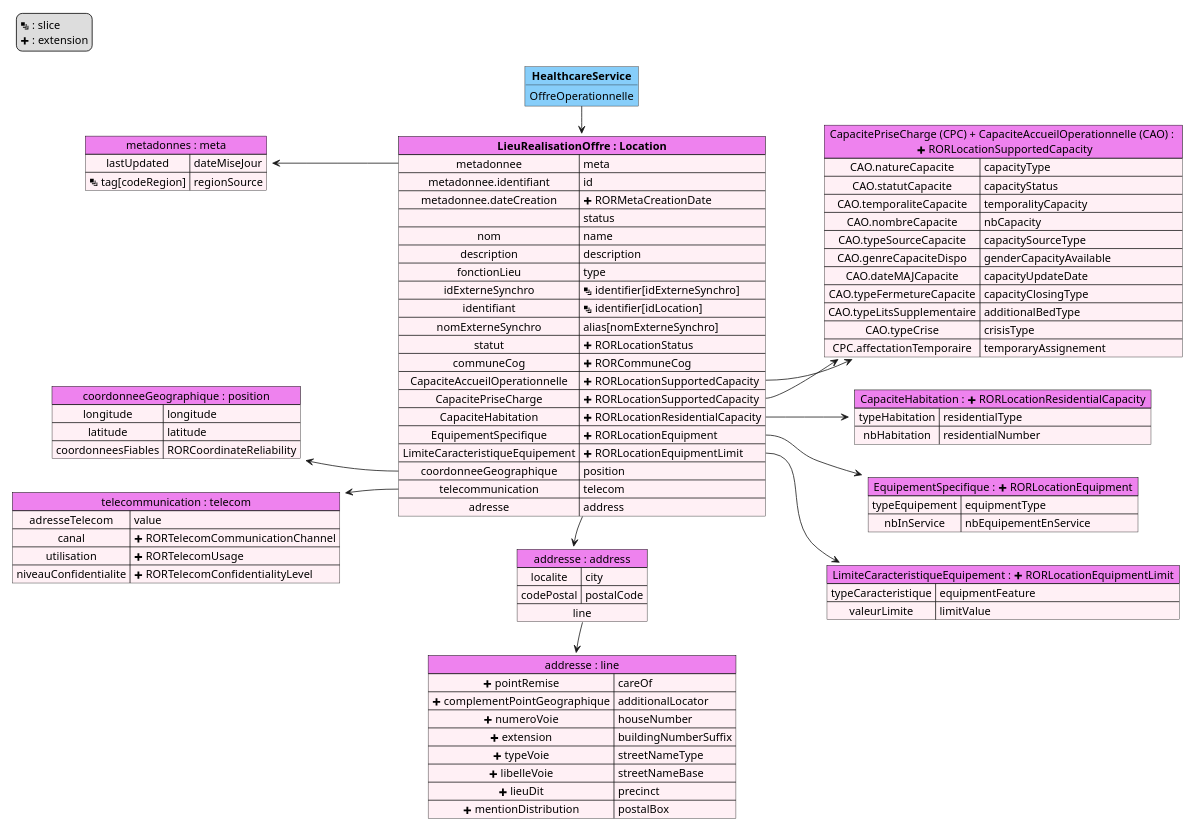
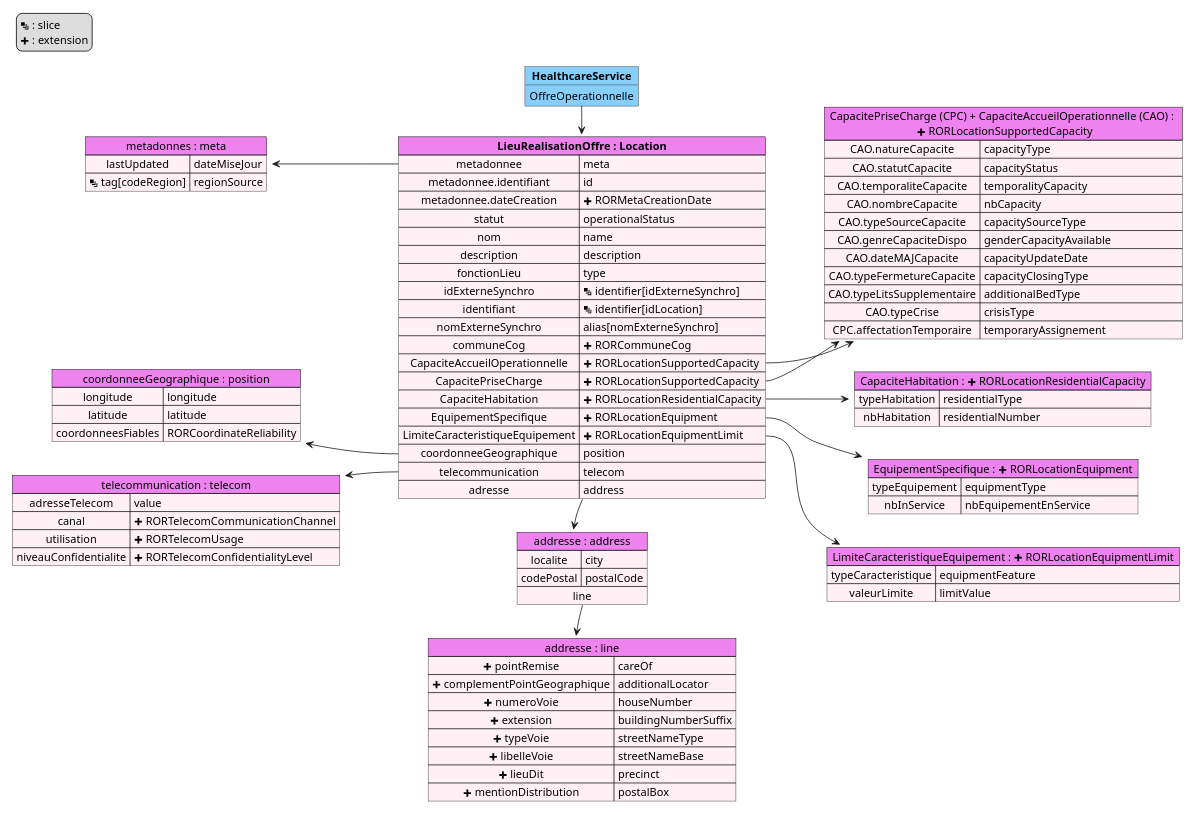
The diagram in input/images-source/mapping-Location.plantuml (ansforge/IG-fhir-repertoire-offre-ressources-sante), drawn with PlantUML before and after one commit. The commit also changed 7 other files, not shown here.

Commit message:
suppr extension LocationStatus and profiling operationalStatus

```diff
--- a/input/images-source/mapping-Location.plantuml
+++ b/input/images-source/mapping-Location.plantuml
@@ -1,118 +1,117 @@
 @startuml mapping-Location
 
 left to right direction
 
 scale 1000 width
 
 legend top left
   <&layers> : slice
   <&plus> : extension
 endlegend
 
 
 map "metadonnes : meta" as meta #back:LavenderBlush;header:Violet {
     lastUpdated => dateMiseJour 
     <&layers> tag[codeRegion] => regionSource
 }
 
 map "EquipementSpecifique : <&plus> RORLocationEquipment" as RORLocationEquipment #back:LavenderBlush;header:Violet {
     typeEquipement => equipmentType
     nbInService => nbEquipementEnService
 }
 
 map "LimiteCaracteristiqueEquipement : <&plus> RORLocationEquipmentLimit" as RORLocationEquipmentLimit #back:LavenderBlush;header:Violet {
     typeCaracteristique => equipmentFeature
     valeurLimite => limitValue
 }
 
 map "CapaciteHabitation : <&plus> RORLocationResidentialCapacity" as RORLocationResidentialCapacity #back:LavenderBlush;header:Violet {
     typeHabitation => residentialType
     nbHabitation => residentialNumber
 }
 
 map "CapacitePriseCharge (CPC) + CapaciteAccueilOperationnelle (CAO) : \n <&plus> RORLocationSupportedCapacity" as RORLocationSupportedCapacity #back:LavenderBlush;header:Violet {
     CAO.natureCapacite => capacityType
     CAO.statutCapacite => capacityStatus
     CAO.temporaliteCapacite => temporalityCapacity
     CAO.nombreCapacite => nbCapacity
     CAO.typeSourceCapacite => capacitySourceType
     CAO.genreCapaciteDispo => genderCapacityAvailable
     CAO.dateMAJCapacite => capacityUpdateDate
     CAO.typeFermetureCapacite => capacityClosingType
     CAO.typeLitsSupplementaire => additionalBedType
     CAO.typeCrise => crisisType
     CPC.affectationTemporaire => temporaryAssignement
 }
 
 map "telecommunication : telecom" as telecom #back:LavenderBlush;header:Violet {
     adresseTelecom => value
     canal => <&plus> RORTelecomCommunicationChannel
     utilisation => <&plus> RORTelecomUsage
     niveauConfidentialite => <&plus> RORTelecomConfidentialityLevel
 }
 
 map "addresse : line" as addressLine #back:LavenderBlush;header:Violet {
     <&plus> pointRemise => careOf
     <&plus> complementPointGeographique => additionalLocator
     <&plus> numeroVoie => houseNumber
     <&plus> extension => buildingNumberSuffix
     <&plus> typeVoie => streetNameType
     <&plus> libelleVoie => streetNameBase
     <&plus> lieuDit => precinct
     <&plus> mentionDistribution => postalBox
 }
 
 map "addresse : address" as address #back:LavenderBlush;header:Violet {
     localite => city
     codePostal => postalCode
     line *-> addressLine
 }
 
 map "coordonneeGeographique : position" as position #back:LavenderBlush;header:Violet {
     longitude => longitude
     latitude => latitude
     coordonneesFiables => RORCoordinateReliability
 }
 
 
 map "**LieuRealisationOffre : Location**" as L #back:LavenderBlush;header:Violet {
     metadonnee => meta 
     metadonnee.identifiant => id
     metadonnee.dateCreation => <&plus> RORMetaCreationDate
-    => status
+    statut => operationalStatus
     nom => name
     description => description
     fonctionLieu => type
     idExterneSynchro => <&layers> identifier[idExterneSynchro]
     identifiant => <&layers> identifier[idLocation]
     nomExterneSynchro => alias[nomExterneSynchro]
-    statut => <&plus> RORLocationStatus
     communeCog => <&plus> RORCommuneCog
     CapaciteAccueilOperationnelle => <&plus> RORLocationSupportedCapacity 
     CapacitePriseCharge => <&plus> RORLocationSupportedCapacity
     CapaciteHabitation => <&plus> RORLocationResidentialCapacity
     EquipementSpecifique => <&plus> RORLocationEquipment
     LimiteCaracteristiqueEquipement => <&plus> RORLocationEquipmentLimit
     coordonneeGeographique => position
     telecommunication => telecom
     adresse => address
 }
 
 meta <-- L::metadonnee
 telecom <-- L::telecommunication
 position <-- L::coordonneeGeographique
 L::adresse -> address
 L::EquipementSpecifique --> RORLocationEquipment
 L::LimiteCaracteristiqueEquipement --> RORLocationEquipmentLimit
 L::CapaciteHabitation--> RORLocationResidentialCapacity
 L::CapacitePriseCharge--> RORLocationSupportedCapacity
 L::CapaciteAccueilOperationnelle --> RORLocationSupportedCapacity
 
 
 object "**HealthcareService**" as HS #LightSkyBlue {
     OffreOperationnelle
 }
 
 HS -> L
 
 @enduml
```
